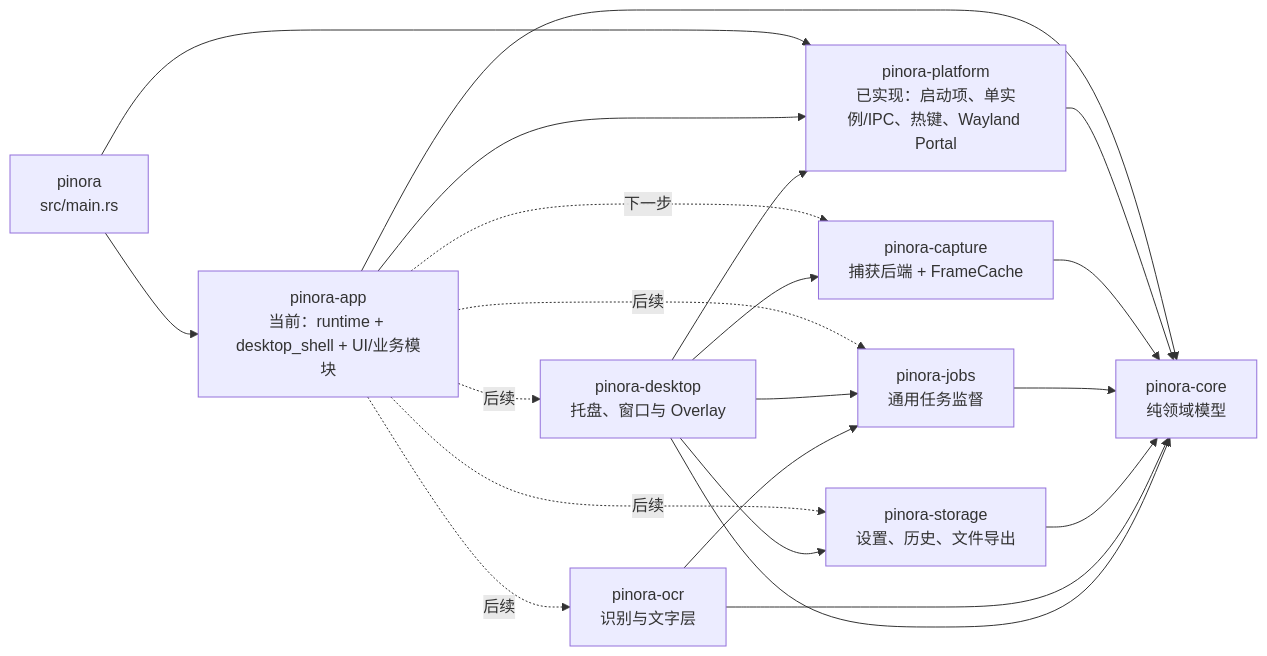
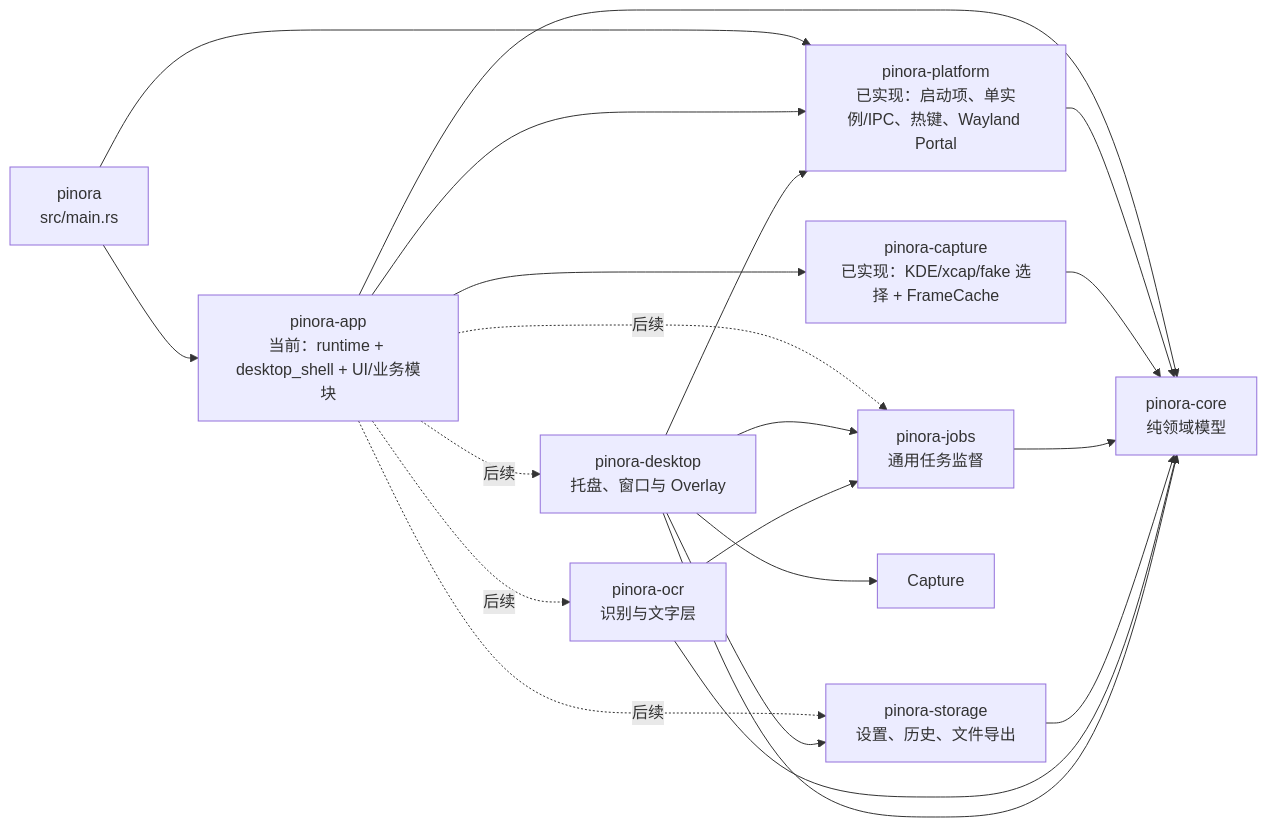
One commit to yhyzgn/pinora changed the third of 23 diagrams in docs/Pinora-开发设计文档.md. Above: the diagram before and after it, drawn with Mermaid. The commit also changed other lines of this file and 26 other files, not shown here.

````diff
--- a/docs/Pinora-开发设计文档.md
+++ b/docs/Pinora-开发设计文档.md
@@ -236,24 +236,24 @@
 ```mermaid
 flowchart LR
     Main["pinora\nsrc/main.rs"] --> App["pinora-app\n当前：runtime + desktop_shell + UI/业务模块"]
     Main --> Platform["pinora-platform\n已实现：启动项、单实例/IPC、热键、Wayland Portal"]
     App --> Platform
     App --> Core["pinora-core\n纯领域模型"]
     Platform --> Core
 
-    App -. 下一步 .-> Capture["pinora-capture\n捕获后端 + FrameCache"]
+    App --> CaptureNow["pinora-capture\n已实现：KDE/xcap/fake 选择 + FrameCache"]
+    CaptureNow --> Core
     App -. 后续 .-> Jobs["pinora-jobs\n通用任务监督"]
     App -. 后续 .-> Storage["pinora-storage\n设置、历史、文件导出"]
     App -. 后续 .-> Desktop["pinora-desktop\n托盘、窗口与 Overlay"]
     App -. 后续 .-> Ocr["pinora-ocr\n识别与文字层"]
-    Capture --> Core
     Jobs --> Core
     Storage --> Core
     Ocr --> Core
     Desktop --> Core
     Desktop --> Platform
     Desktop --> Capture
     Desktop --> Jobs
     Desktop --> Storage
     Ocr --> Jobs
 ```
````
